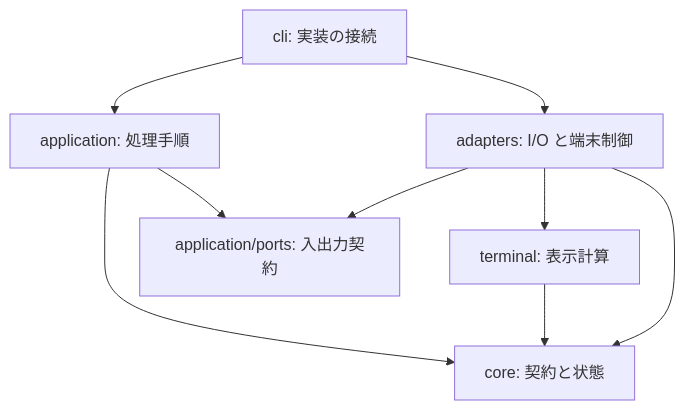
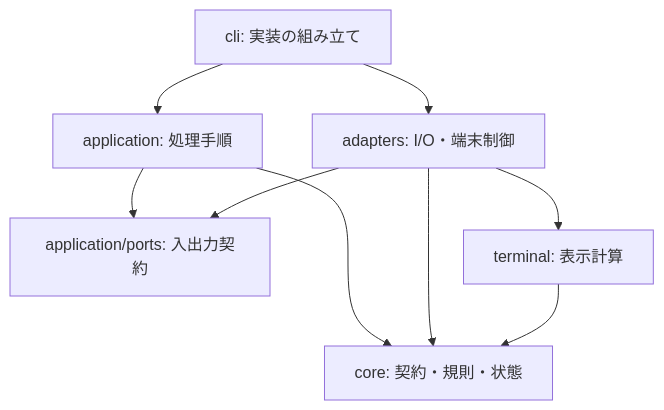
Before and after one commit to 9uiLe/hamio: the diagram in docs/implementation.md, drawn with Mermaid. The commit also changed other lines of this file and 44 other files, not shown here.

````diff
--- a/docs/implementation.md
+++ b/docs/implementation.md
@@ -11,11 +9,11 @@
 ```mermaid
 flowchart TD
-    CLI[cli: 実装の接続] --> APP[application: 処理手順]
-    CLI --> IO[adapters: I/O と端末制御]
-    APP --> CORE[core: 契約と状態]
+    CLI[cli: 実装の組み立て] --> APP[application: 処理手順]
+    CLI --> IO[adapters: I/O・端末制御]
     APP --> PORT[application/ports: 入出力契約]
+    APP --> CORE[core: 契約・規則・状態]
     IO --> PORT
     IO --> VIEW[terminal: 表示計算]
     IO --> CORE
     VIEW --> CORE
 ```
````
